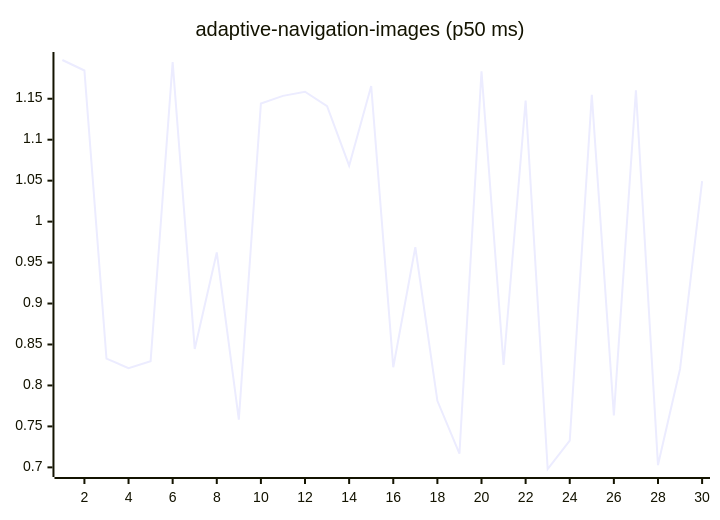
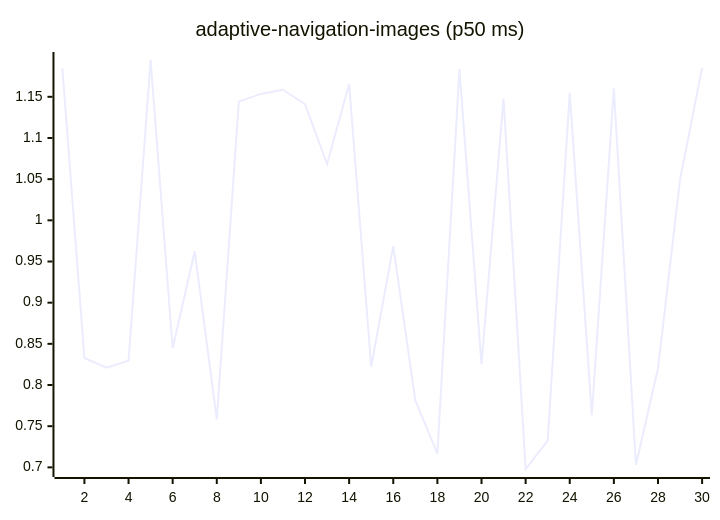
One commit to josha/Facet changed the first of 27 diagrams in README.md. Above: the diagram before and after it, drawn with Mermaid. The commit also changed other lines of this file and 2 other files, not shown here.

````diff
--- a/README.md
+++ b/README.md
@@ -63,6 +63,6 @@
 ```mermaid
 xychart-beta
     title "adaptive-navigation-images (p50 ms)"
     x-axis 1 --> 30
-    line [1.1973, 1.1845, 0.8328, 0.8211, 0.8295, 1.1947, 0.8446, 0.9624, 0.7583, 1.1441, 1.1535, 1.1586, 1.1410, 1.0683, 1.1655, 0.8222, 0.9687, 0.7812, 0.7168, 1.1836, 0.8250, 1.1478, 0.6980, 0.7325, 1.1549, 0.7635, 1.1603, 0.7028, 0.8201, 1.0494]
+    line [1.1845, 0.8328, 0.8211, 0.8295, 1.1947, 0.8446, 0.9624, 0.7583, 1.1441, 1.1535, 1.1586, 1.1410, 1.0683, 1.1655, 0.8222, 0.9687, 0.7812, 0.7168, 1.1836, 0.8250, 1.1478, 0.6980, 0.7325, 1.1549, 0.7635, 1.1603, 0.7028, 0.8201, 1.0494, 1.1854]
 ```
````
